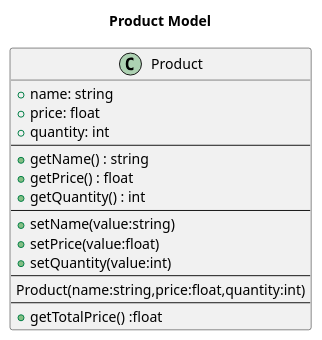
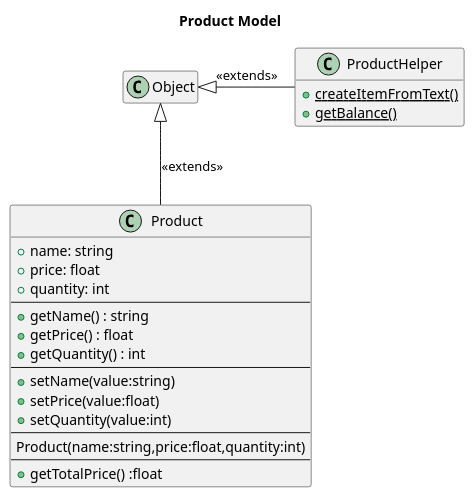
One commit to SELIMCNR/Uygulamlarla-Nesne-Yonelimli-Programlama-Farkl-D-ler changed the diagram in Python/chapter_04_01_productmodel.wsd. Above: the diagram before and after it, drawn with PlantUML. The commit also changed 7 other files, not shown here.

```diff
--- a/Python/chapter_04_01_productmodel.wsd
+++ b/Python/chapter_04_01_productmodel.wsd
@@ -1,23 +1,30 @@
 @startuml class Diagram 
 title Product Model
 
 class Product{
     +name: string
     +price: float
     +quantity: int
     --
     +getName() : string
     +getPrice() : float
     +getQuantity() : int
     --
     +setName(value:string)
     +setPrice(value:float)
     +setQuantity(value:int)
     --
     Product(name:string,price:float,quantity:int)   
     --
     +getTotalPrice() :float
 }
 
+class ProductHelper{
+    +{static}createItemFromText()
+    +{static}getBalance()
+}
 
-@enduml 
+Product -u-|> Object : <<extends>>
+ProductHelper -l-|> Object : <<extends>>
+hide empty members
+@enduml
```
